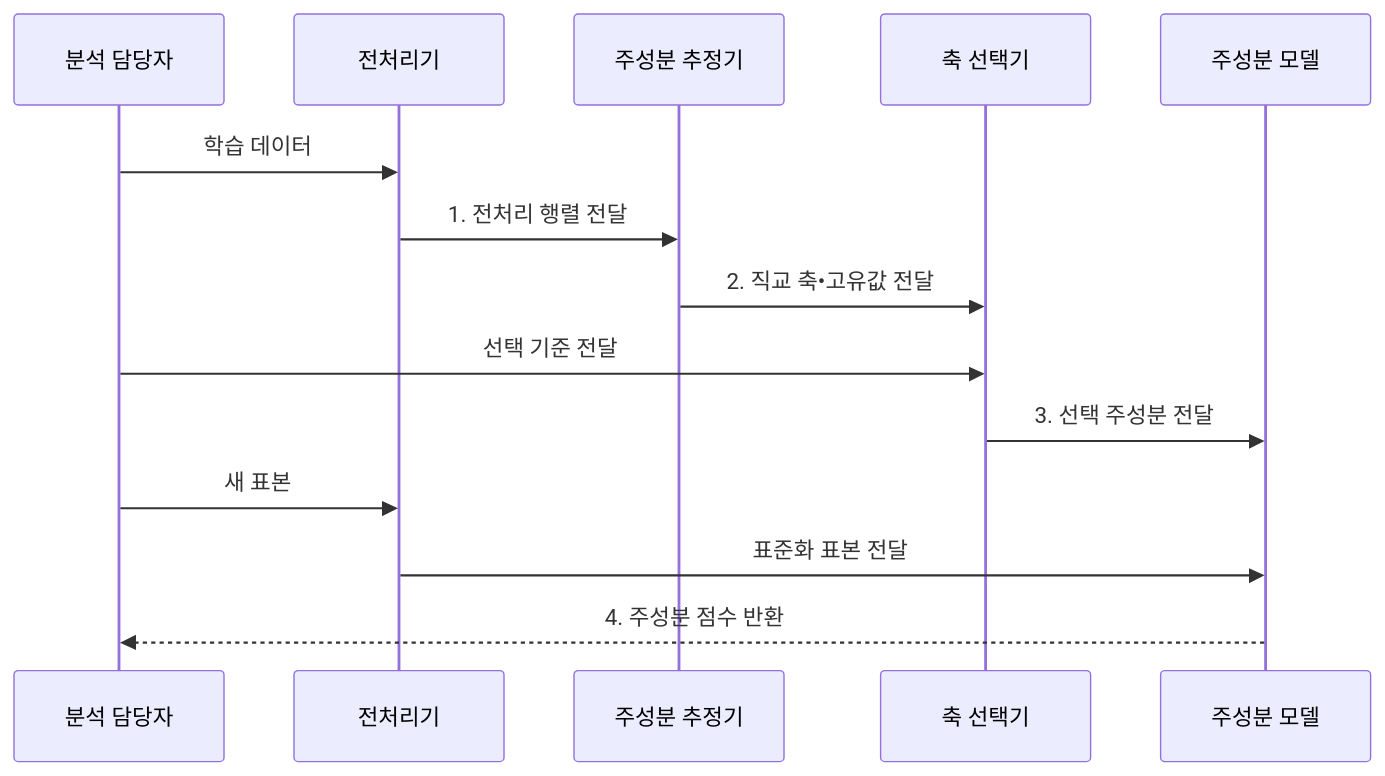
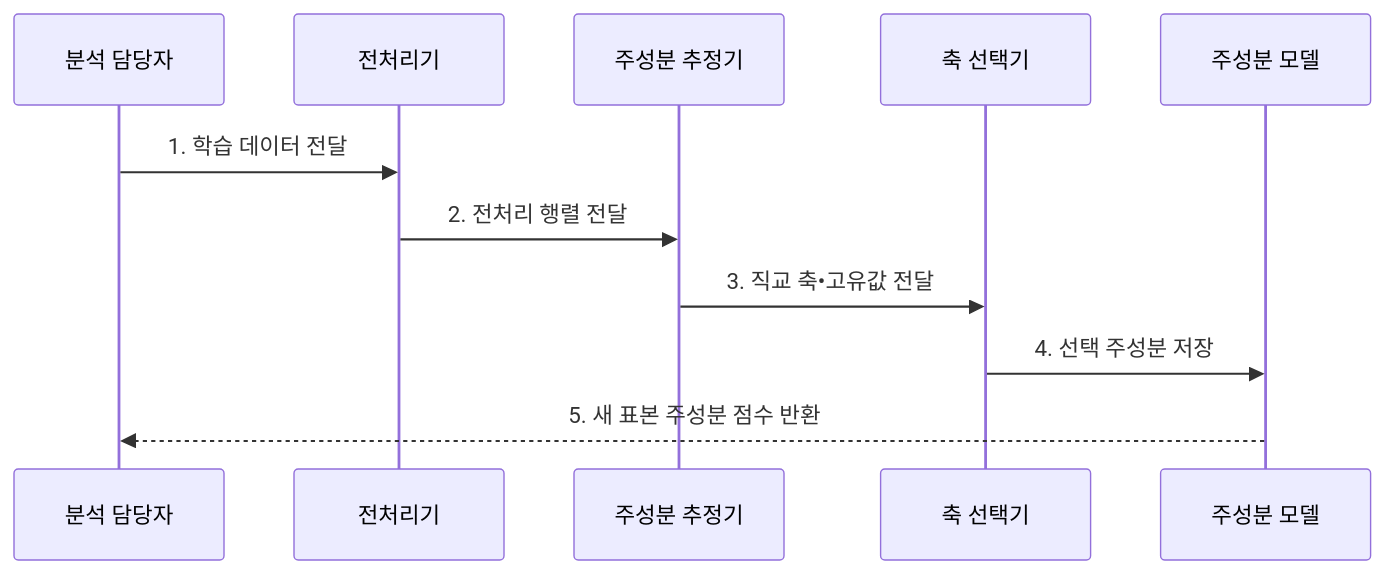
Before and after one commit to agnusdei1207/knowledge-base: the second of 2 diagrams in src/content/docs/notes/01-basic-theory/036_pca.md, drawn with Mermaid. The commit also changed other lines of this file and 26 other files, not shown here.

````diff
--- a/src/content/docs/notes/01-basic-theory/036_pca.md
+++ b/src/content/docs/notes/01-basic-theory/036_pca.md
@@ -89,16 +89,13 @@
 ```mermaid
 sequenceDiagram
     participant A as 분석 담당자
     participant T as 전처리기
     participant E as 주성분 추정기
     participant K as 축 선택기
     participant M as 주성분 모델
-    A->>T: 학습 데이터
-    T->>E: 1. 전처리 행렬 전달
-    E->>K: 2. 직교 축•고유값 전달
-    A->>K: 선택 기준 전달
-    K->>M: 3. 선택 주성분 전달
-    A->>T: 새 표본
-    T->>M: 표준화 표본 전달
-    M-->>A: 4. 주성분 점수 반환
+    A->>T: 1. 학습 데이터 전달
+    T->>E: 2. 전처리 행렬 전달
+    E->>K: 3. 직교 축•고유값 전달
+    K->>M: 4. 선택 주성분 저장
+    M-->>A: 5. 새 표본 주성분 점수 반환
 ```
````
